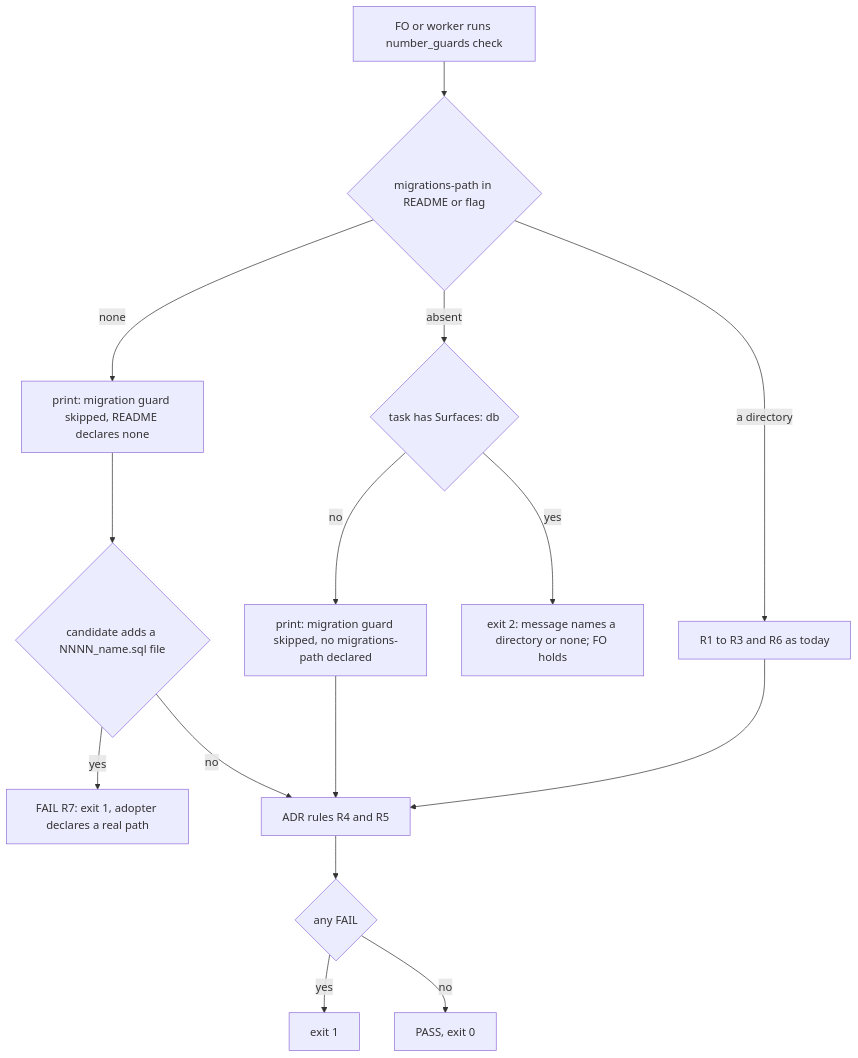
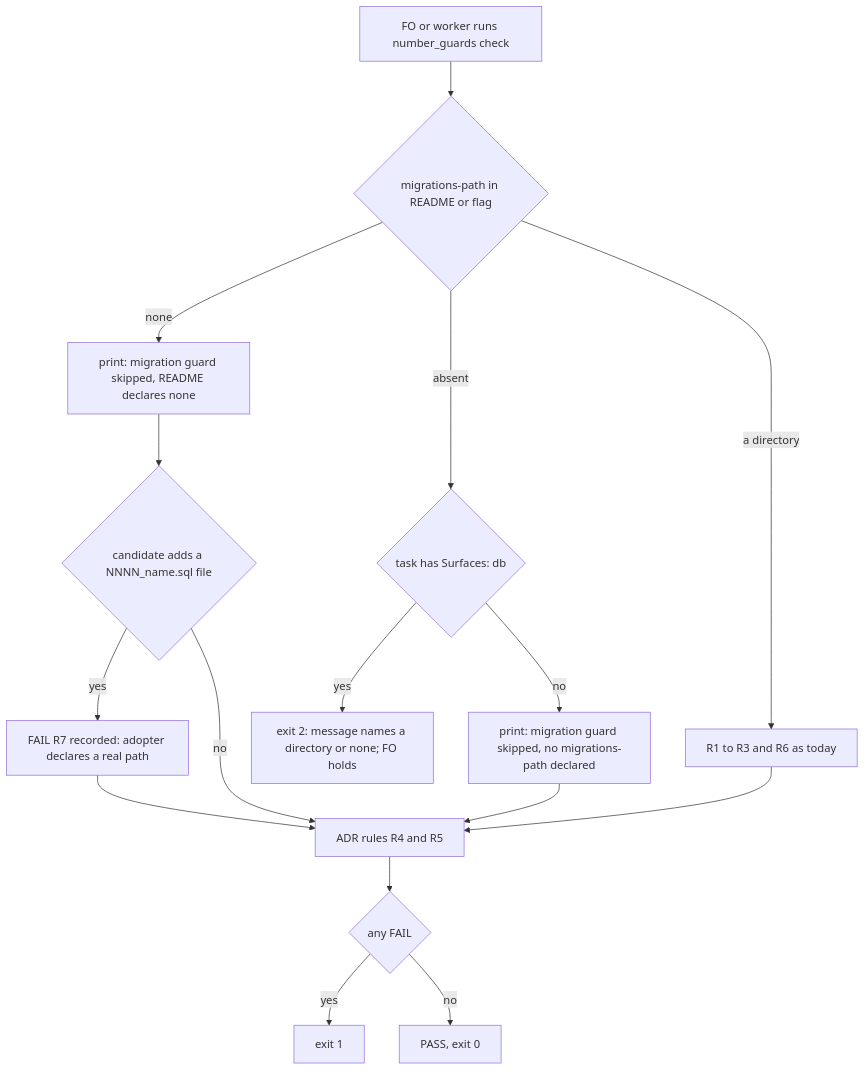
One commit to iamcxa/kc-claude-plugins changed the diagram in db-surface-without-migrations.md. Above: the diagram before and after it, drawn with Mermaid. The commit also changed other lines of this file, not shown here.

Commit message:
state: db-surface-without-migrations ideation fixes (diagram stop, counter, report form)

````diff
--- a/db-surface-without-migrations.md
+++ b/db-surface-without-migrations.md
@@ -72,17 +72,18 @@
 ```mermaid
 flowchart TD
   A[FO or worker runs number_guards check] --> B{migrations-path in README or flag}
   B -- a directory --> C[R1 to R3 and R6 as today]
   B -- none --> D[print: migration guard skipped, README declares none]
   D --> R7{candidate adds a NNNN_name.sql file}
-  R7 -- yes --> F7[FAIL R7: exit 1, adopter declares a real path]
+  R7 -- yes --> F7[FAIL R7 recorded: adopter declares a real path]
+  F7 --> E
   R7 -- no --> E
   B -- absent --> G{task has Surfaces: db}
   G -- yes --> H[exit 2: message names a directory or none; FO holds]
   G -- no --> I[print: migration guard skipped, no migrations-path declared]
   I --> E
   C --> E[ADR rules R4 and R5]
   E --> J{any FAIL}
   J -- yes --> K[exit 1]
   J -- no --> L[PASS, exit 0]
 ```
````
